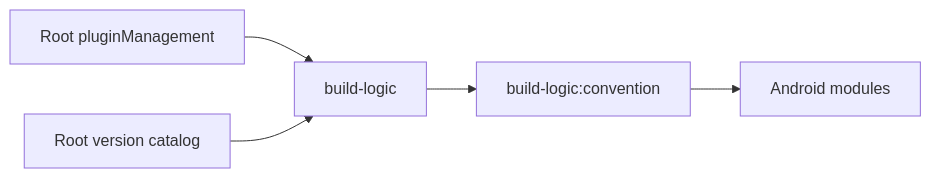
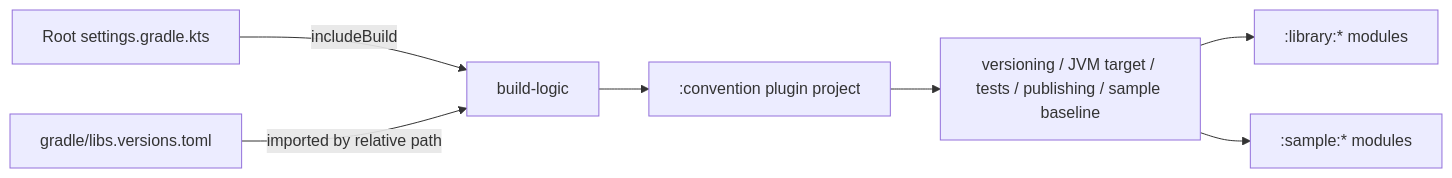
The diagram in build-logic/README.md (MihaiCristianCondrea/App-Toolkit-for-Android), drawn with Mermaid before and after one commit. The commit also changed other lines of this file and 57 other files, not shown here.

Commit message:
updated the documentation for modules updated kdoc over the project

````diff
--- a/build-logic/README.md
+++ b/build-logic/README.md
@@ -27,7 +27,9 @@
 ```mermaid
 flowchart LR
-    Root[Root pluginManagement] --> Included[build-logic]
-    Catalog[Root version catalog] --> Included
-    Included --> Convention[build-logic:convention]
-    Convention --> Modules[Android modules]
+    Settings[Root settings.gradle.kts] -->|includeBuild| Included[build-logic]
+    Catalog[gradle/libs.versions.toml] -->|imported by relative path| Included
+    Included --> Convention[":convention plugin project"]
+    Convention --> Plugins["versioning / JVM target / tests / publishing / sample baseline"]
+    Plugins --> LibraryModules[":library:* modules"]
+    Plugins --> SampleModules[":sample:* modules"]
 ```
````
